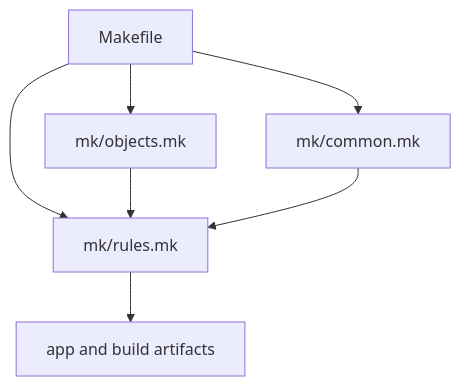
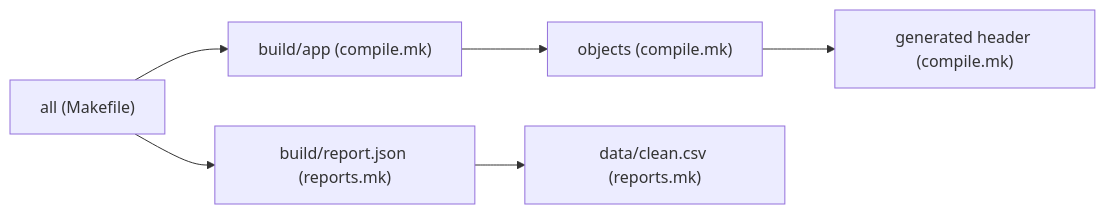
One commit to bijux/bijux-masterclass changed the third of 3 diagrams in programs/reproducible-research/deep-dive-make/course-book/module-02-parallel-safety-project-structure/project-structure-with-one-dag.md. Above: the diagram before and after it, drawn with Mermaid. The commit also changed other lines of this file, not shown here.

````diff
--- a/programs/reproducible-research/deep-dive-make/course-book/module-02-parallel-safety-project-structure/project-structure-with-one-dag.md
+++ b/programs/reproducible-research/deep-dive-make/course-book/module-02-parallel-safety-project-structure/project-structure-with-one-dag.md
@@ -108,9 +117,8 @@
 ```mermaid
-flowchart TD
-  makefile["Makefile"] --> common["mk/common.mk"]
-  makefile --> objects["mk/objects.mk"]
-  makefile --> rules["mk/rules.mk"]
-  objects --> rules
-  common --> rules
-  rules --> app["app and build artifacts"]
+flowchart LR
+  all["all (Makefile)"] --> app["build/app (compile.mk)"]
+  all --> report["build/report.json (reports.mk)"]
+  app --> objects["objects (compile.mk)"]
+  report --> data["data/clean.csv (reports.mk)"]
+  objects --> generated["generated header (compile.mk)"]
 ```
````
